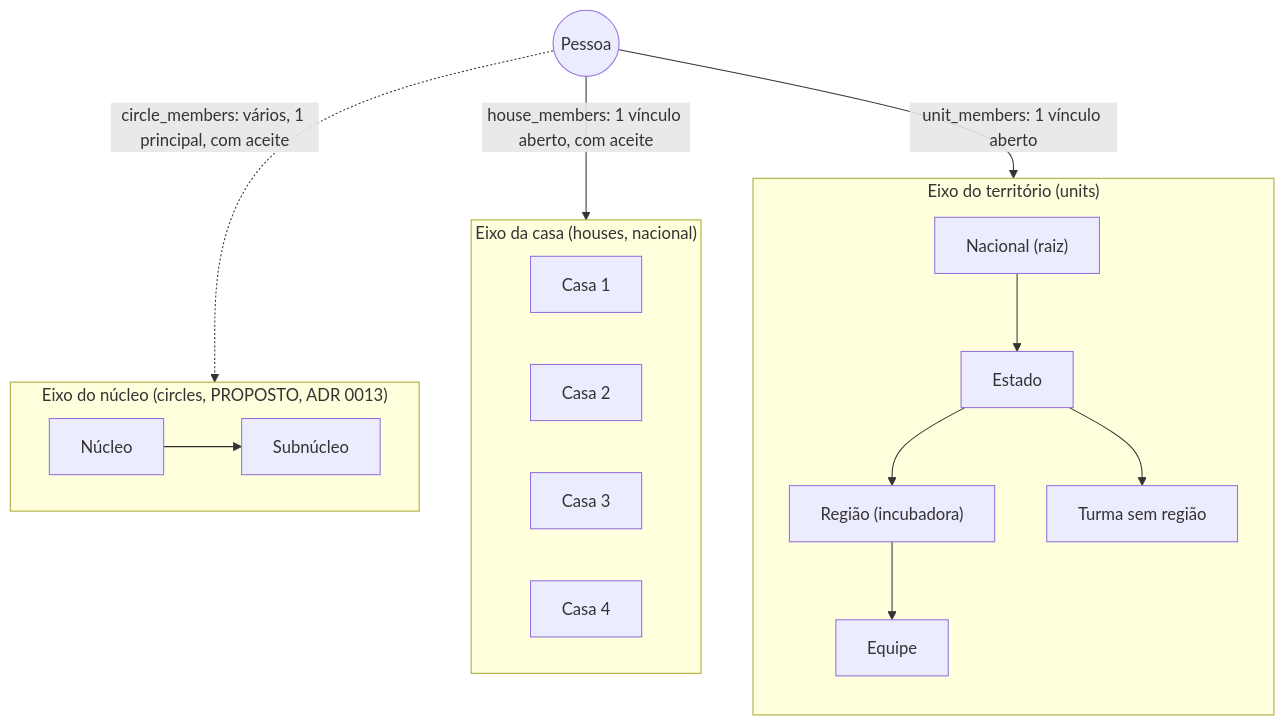
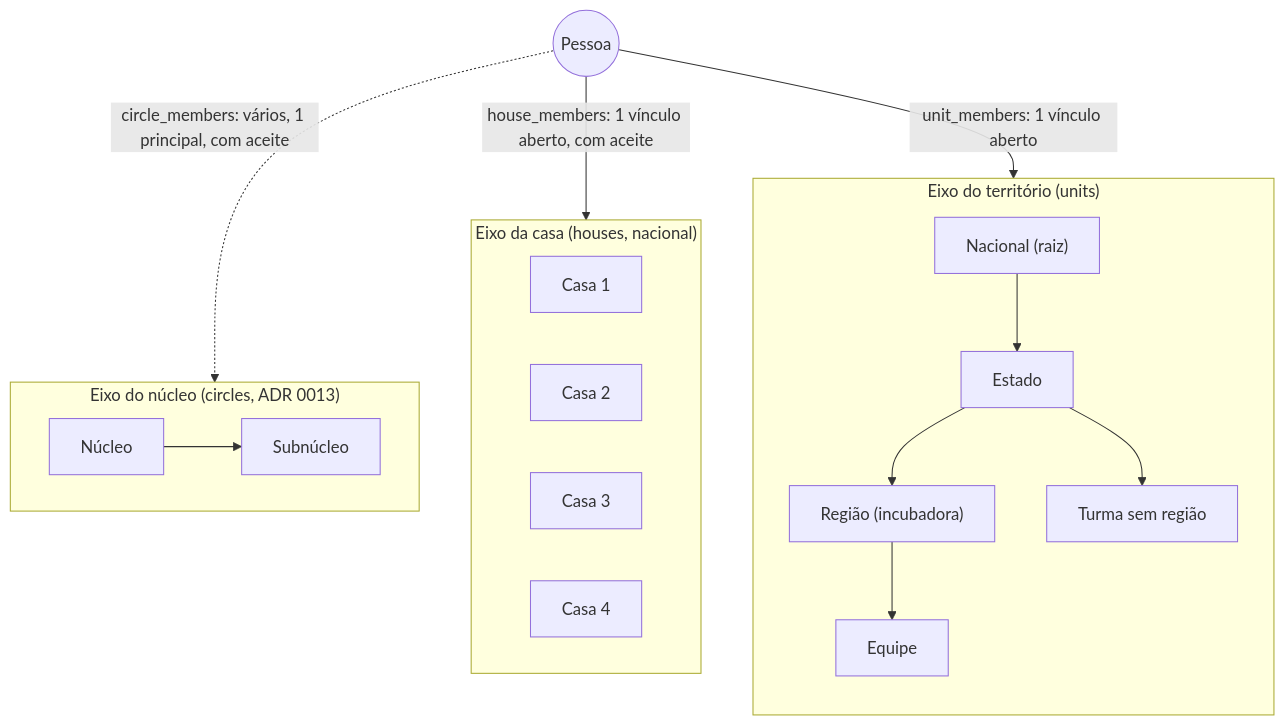
One commit to felipemaion/Complexo42 changed the first of 4 diagrams in docs/DIAGRAMAS.md. Above: the diagram before and after it, drawn with Mermaid. The commit also changed other lines of this file and 5 other files, not shown here.

First line of the commit message:
docs: ADR 0013 aceito, com entrada só pelo topo do próprio núcleo e remoção pelos de cima (refs #168, #169, #170)

````diff
--- a/docs/DIAGRAMAS.md
+++ b/docs/DIAGRAMAS.md
@@ -19,24 +19,24 @@
 ```mermaid
 flowchart TB
   subgraph T["Eixo do território (units)"]
     direction TB
     BR["Nacional (raiz)"] --> SP["Estado"]
     SP --> RG["Região (incubadora)"]
     RG --> EQ["Equipe"]
     SP --> TR["Turma sem região"]
   end
   subgraph C["Eixo da casa (houses, nacional)"]
     direction LR
     H1["Casa 1"]
     H2["Casa 2"]
     H3["Casa 3"]
     H4["Casa 4"]
   end
-  subgraph N["Eixo do núcleo (circles, PROPOSTO, ADR 0013)"]
+  subgraph N["Eixo do núcleo (circles, ADR 0013)"]
     direction LR
     N1["Núcleo"] --> N2["Subnúcleo"]
   end
   P(("Pessoa")) -- "unit_members: 1 vínculo aberto" --> EQ
   P -- "house_members: 1 vínculo aberto, com aceite" --> H1
   P -. "circle_members: vários, 1 principal, com aceite" .-> N2
 ```
````
